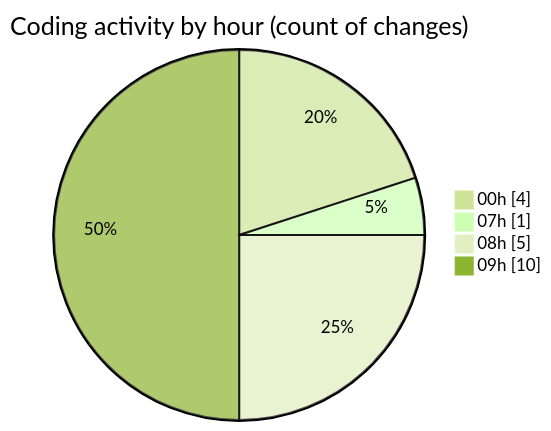
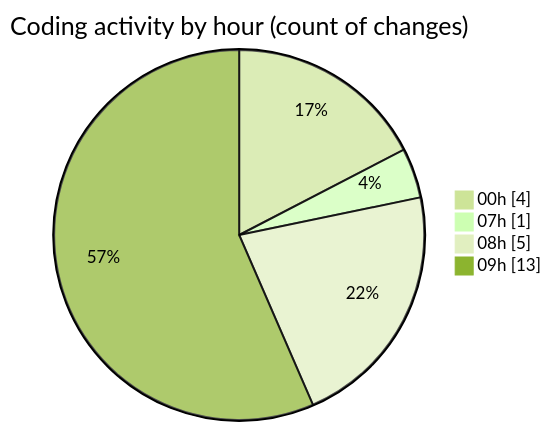
The second of 2 diagrams in 2025-05-08/niten/README.md (Elitesun/code-tracking), drawn with Mermaid (forest theme) before and after one commit. The commit also changed other lines of this file and 1 other file, not shown here.

````diff
--- a/2025-05-08/niten/README.md
+++ b/2025-05-08/niten/README.md
@@ -35,8 +35,8 @@
 ```mermaid
 pie showData
 title Coding activity by hour (count of changes)
 "00h" : 4
 "07h" : 1
 "08h" : 5
-"09h" : 10
+"09h" : 13
 ```
````
